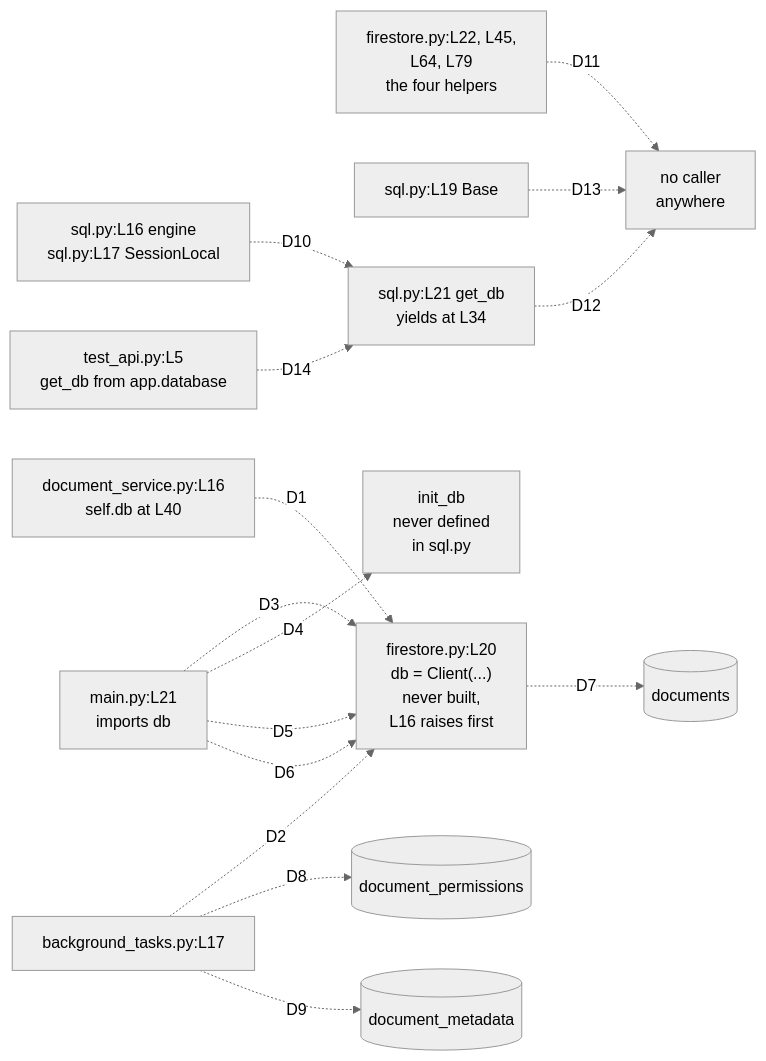
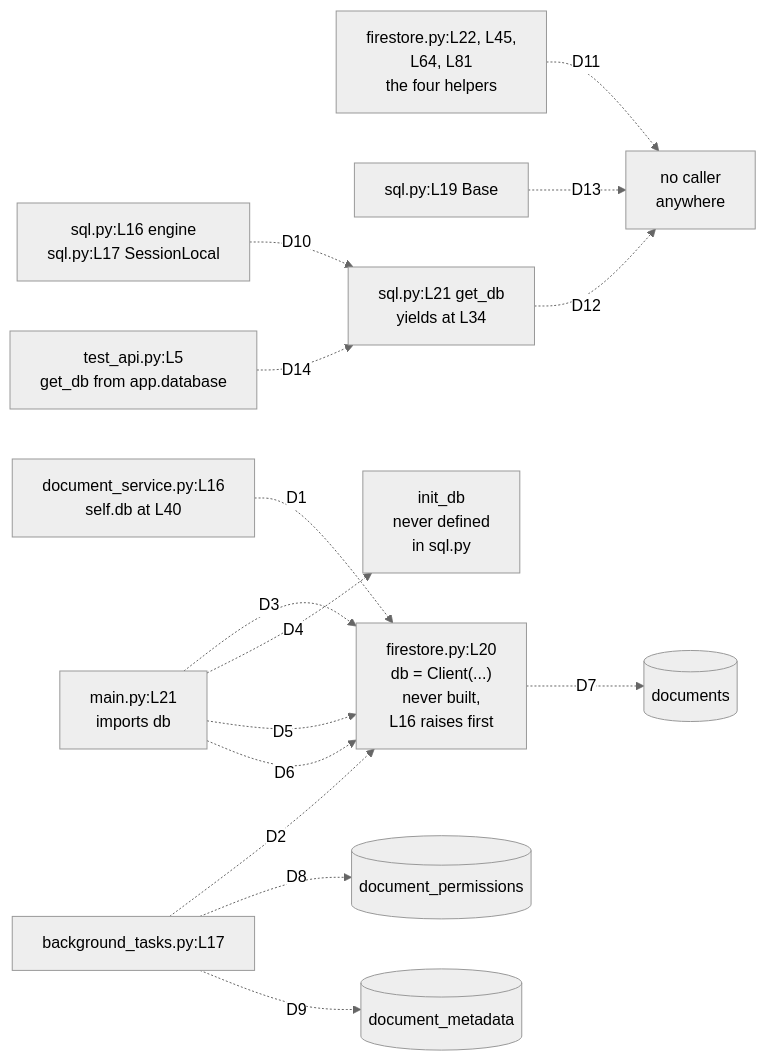
Before and after one commit to blitzy-public-samples/microsoft-word-u33ko0: the diagram in backend/app/db/README.md, drawn with Mermaid (neutral theme). The commit also changed other lines of this file and 47 other files, not shown here.

````diff
--- a/backend/app/db/README.md
+++ b/backend/app/db/README.md
@@ -104,38 +104,38 @@
 ```mermaid
 graph LR
     accTitle: The live Firestore path and the dead SQLAlchemy path
     accDescr: Every edge is dashed because no relationship in this module resolves. Consumers on the left hold the Firestore client directly, the client itself is never constructed, and the SQLAlchemy declarations reach no caller. Every edge carries a key resolved in the table below the diagram.
     DSVC["document_service.py:L16<br/>self.db at L40"]
     TASKS["background_tasks.py:L17"]
     MAIN["main.py:L21<br/>imports db"]
-    HELPERS["firestore.py:L22, L45,<br/>L64, L79<br/>the four helpers"]
+    HELPERS["firestore.py:L22, L45,<br/>L64, L81<br/>the four helpers"]
     SQLBOOT["sql.py:L16 engine<br/>sql.py:L17 SessionLocal"]
     BASE["sql.py:L19 Base"]
     TEST["test_api.py:L5<br/>get_db from app.database"]
 
     CLIENT["firestore.py:L20<br/>db = Client(...)<br/>never built,<br/>L16 raises first"]
     GETDB["sql.py:L21 get_db<br/>yields at L34"]
     INITDB["init_db<br/>never defined<br/>in sql.py"]
     DEAD["no caller<br/>anywhere"]
 
     DOCS[("documents")]
     PERMS[("document_permissions")]
     META[("document_metadata")]
 
     DSVC -.->|"D1"| CLIENT
     TASKS -.->|"D2"| CLIENT
     MAIN -.->|"D3"| CLIENT
     MAIN -.->|"D4"| INITDB
     MAIN -.->|"D5"| CLIENT
     MAIN -.->|"D6"| CLIENT
     CLIENT -.->|"D7"| DOCS
     TASKS -.->|"D8"| PERMS
     TASKS -.->|"D9"| META
     SQLBOOT -.->|"D10"| GETDB
     HELPERS -.->|"D11"| DEAD
     GETDB -.->|"D12"| DEAD
     BASE -.->|"D13"| DEAD
     TEST -.->|"D14"| GETDB
 
 %% Every edge is dashed: no request-to-database path executes as committed.
 ```
````
